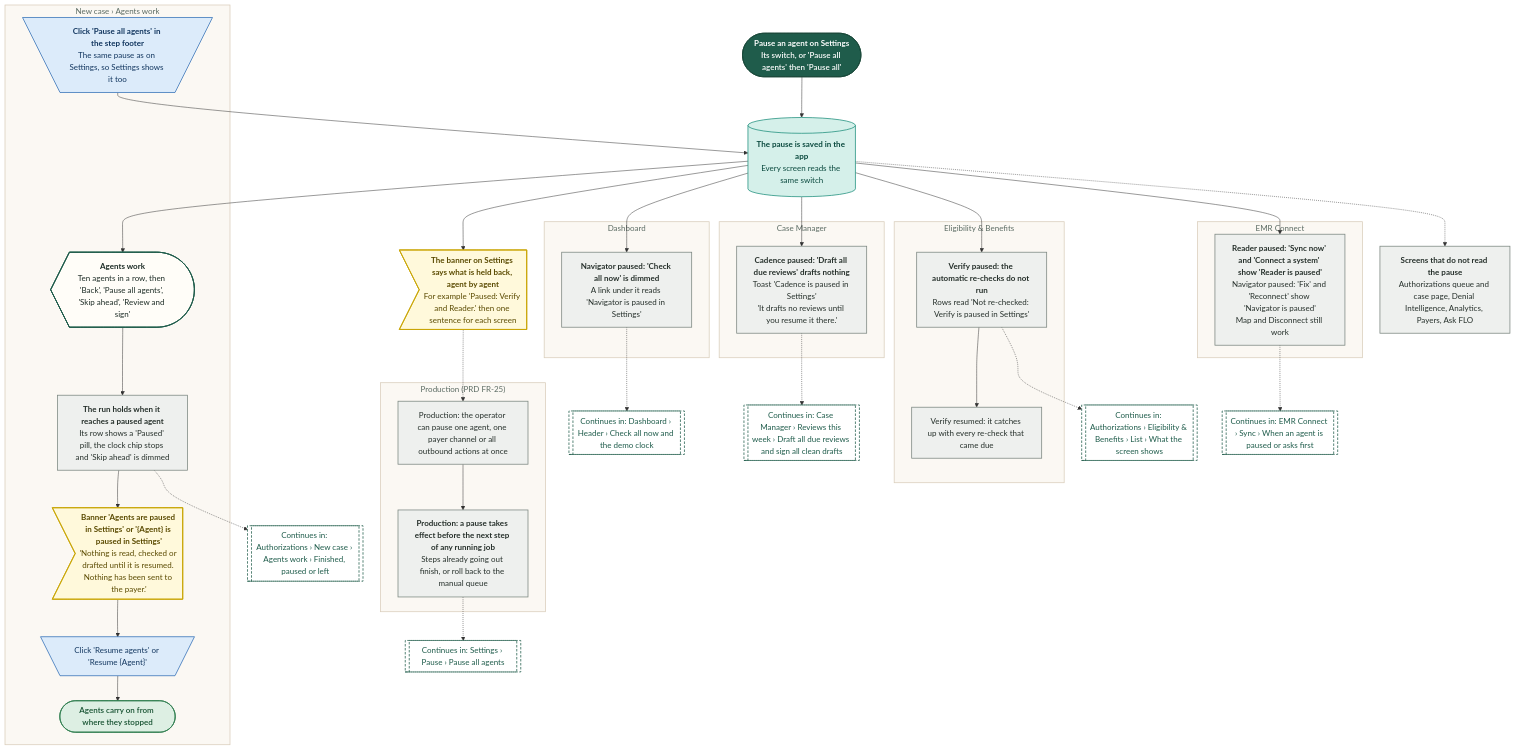
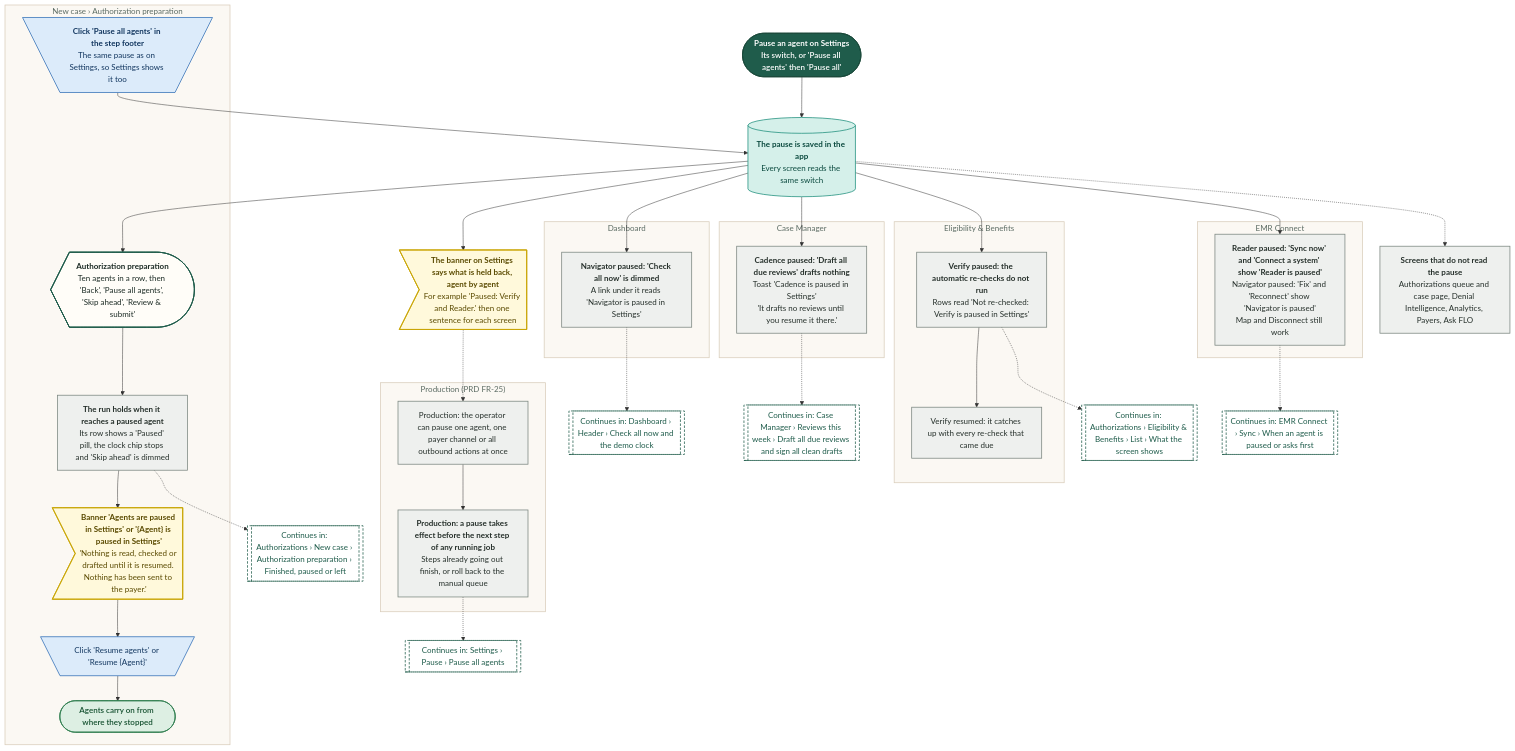
Before and after one commit to Shrav143/psyfloapp: the seventh of 11 diagrams in demos/prior-auth-demo/workflows/out/md/11-settings.md, drawn with Mermaid. The commit also changed other lines of this file and 251 other files, not shown here.

First line of the commit message:
docs: rebuild the workflow diagrams (291) for round 4

```diff
--- a/demos/prior-auth-demo/workflows/out/md/11-settings.md
+++ b/demos/prior-auth-demo/workflows/out/md/11-settings.md
@@ -518,8 +521,8 @@
   s1@{ shape: stadium, label: "<b>Pause an agent on Settings</b><br/>Its switch, or 'Pause all agents' then 'Pause all'" }
   p1@{ shape: cyl, label: "<b>The pause is saved in the app</b><br/>Every screen reads the same switch" }
   t1@{ shape: odd, label: "<b>The banner on Settings says what is held back, agent by agent</b><br/>For example 'Paused: Verify and Reader.' then one sentence for each screen" }
-  subgraph gNew ["New case › Agents work"]
-  n1@{ shape: curv-trap, label: "<b>Agents work</b><br/>Ten agents in a row, then 'Back', 'Pause all agents', 'Skip ahead', 'Review and sign'" }
+  subgraph gNew ["New case › Authorization preparation"]
+  n1@{ shape: curv-trap, label: "<b>Authorization preparation</b><br/>Ten agents in a row, then 'Back', 'Pause all agents', 'Skip ahead', 'Review & submit'" }
   n3@{ shape: rect, label: "<b>The run holds when it reaches a paused agent</b><br/>Its row shows a 'Paused' pill, the clock chip stops and 'Skip ahead' is dimmed" }
   n4@{ shape: odd, label: "<b>Banner 'Agents are paused in Settings' or '{Agent} is paused in Settings'</b><br/>'Nothing is read, checked or drafted until it is resumed. Nothing has been sent to the payer.'" }
   n6@{ shape: trap-t, label: "Click 'Resume agents' or 'Resume {Agent}'" }
@@ -544,7 +547,7 @@
   r1@{ shape: rect, label: "Production: the operator can pause one agent, one payer channel or all outbound actions at once" }
   r2@{ shape: rect, label: "<b>Production: a pause takes effect before the next step of any running job</b><br/>Steps already going out finish, or roll back to the manual queue" }
   end
-  g1@{ shape: subproc, label: "Continues in: Authorizations › New case › Agents work › Finished, paused or left" }
+  g1@{ shape: subproc, label: "Continues in: Authorizations › New case › Authorization preparation › Finished, paused or left" }
   g2@{ shape: subproc, label: "Continues in: Dashboard › Header › Check all now and the demo clock" }
   g3@{ shape: subproc, label: "Continues in: Case Manager › Reviews this week › Draft all due reviews and sign all clean drafts" }
   g4@{ shape: subproc, label: "Continues in: Authorizations › Eligibility & Benefits › List › What the screen shows" }
```
